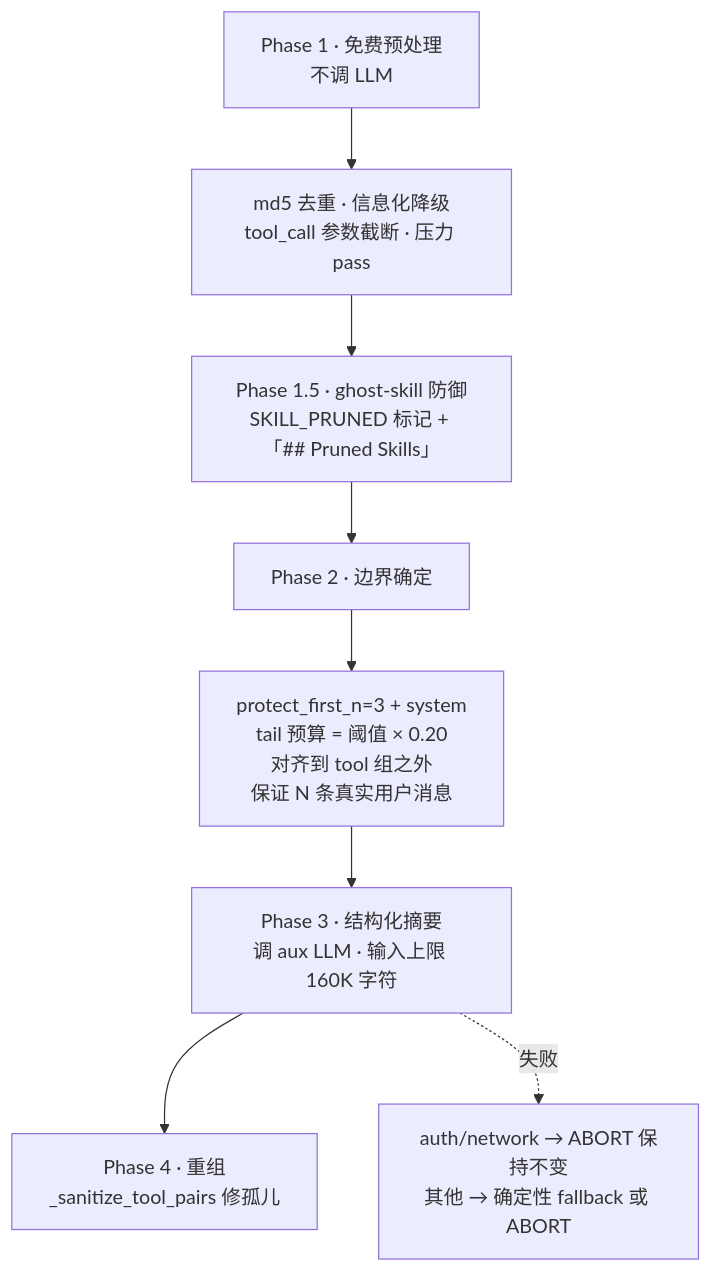
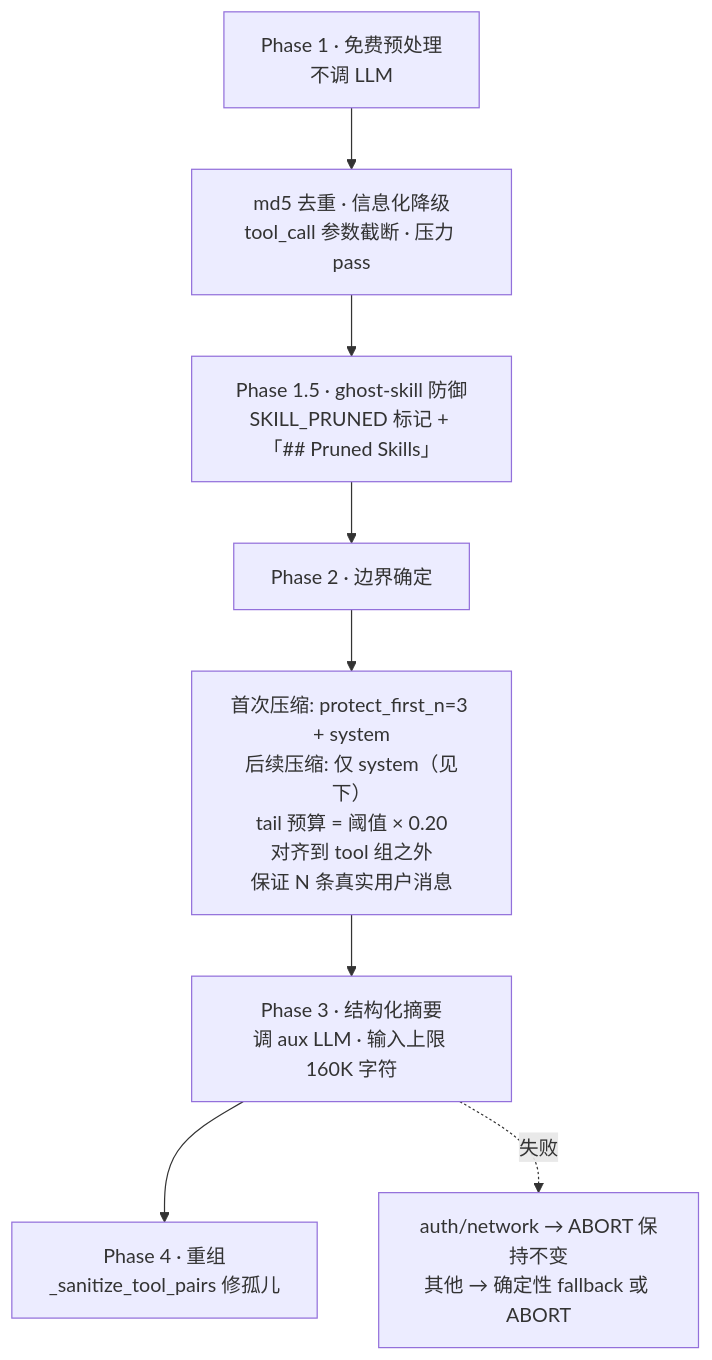
Before and after one commit to caiboyang/ML-learning: the tenth of 18 diagrams in agent-context-compression/Agent_Context_Compression_Research.md, drawn with Mermaid. The commit also changed other lines of this file and 1 other file, not shown here.

````diff
--- a/agent-context-compression/Agent_Context_Compression_Research.md
+++ b/agent-context-compression/Agent_Context_Compression_Research.md
@@ -781,10 +865,10 @@
 ```mermaid
 flowchart TD
     P1["Phase 1 · 免费预处理<br/>不调 LLM"] --> P1a["md5 去重 · 信息化降级<br/>tool_call 参数截断 · 压力 pass"]
     P1a --> P15["Phase 1.5 · ghost-skill 防御<br/>SKILL_PRUNED 标记 + 「## Pruned Skills」"]
     P15 --> P2["Phase 2 · 边界确定"]
-    P2 --> P2a["protect_first_n=3 + system<br/>tail 预算 = 阈值 × 0.20<br/>对齐到 tool 组之外<br/>保证 N 条真实用户消息"]
+    P2 --> P2a["首次压缩: protect_first_n=3 + system<br/>后续压缩: 仅 system（见下）<br/>tail 预算 = 阈值 × 0.20<br/>对齐到 tool 组之外<br/>保证 N 条真实用户消息"]
     P2a --> P3["Phase 3 · 结构化摘要<br/>调 aux LLM · 输入上限 160K 字符"]
     P3 --> P4["Phase 4 · 重组<br/>_sanitize_tool_pairs 修孤儿"]
     P3 -.->|"失败"| FB["auth/network → ABORT 保持不变<br/>其他 → 确定性 fallback 或 ABORT"]
 ```
````
